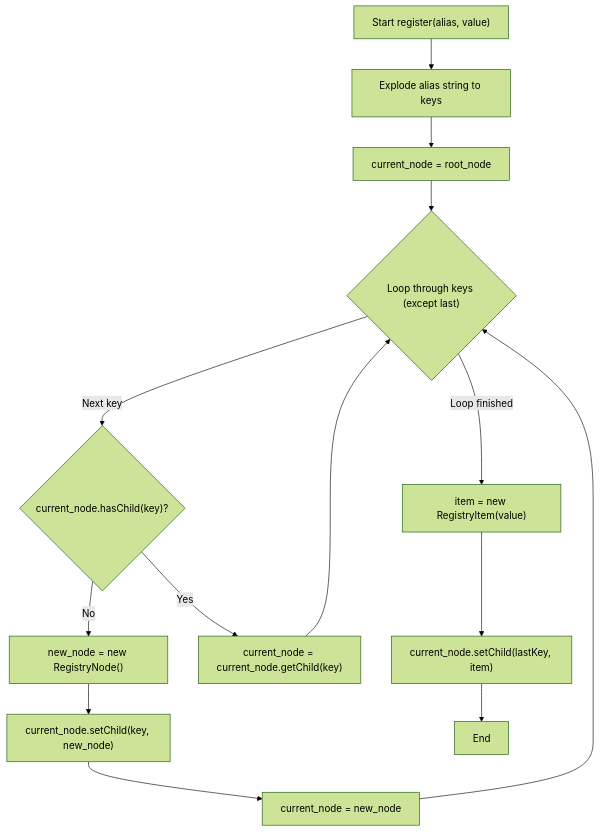
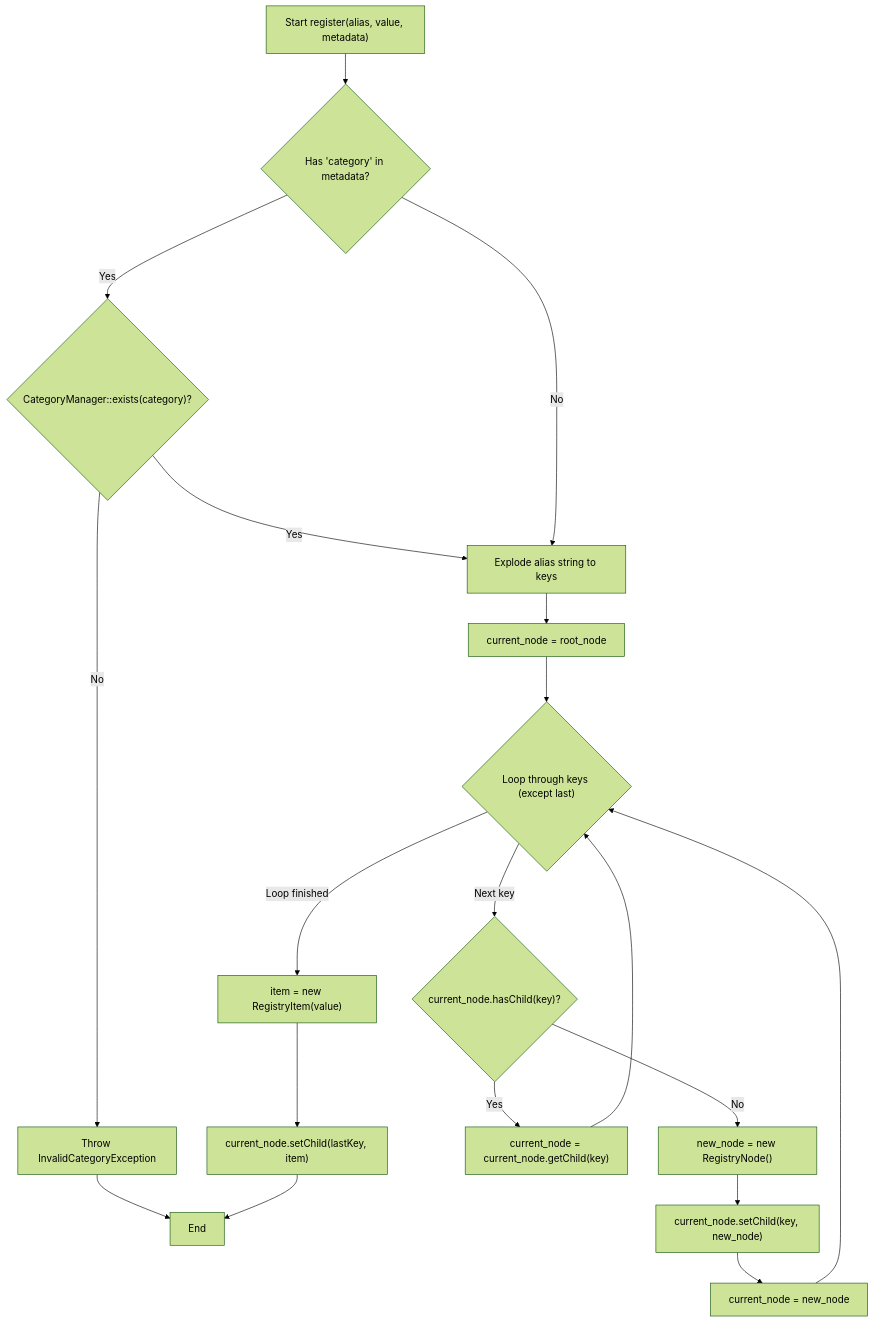
Before and after one commit to mnaatjes/registry-package: the fourth of 5 diagrams in DESIGN.md, drawn with Mermaid (forest theme). The commit also changed other lines of this file and 2 other files, not shown here.

Commit message:
docuentation added for CategoryManager

````diff
--- a/DESIGN.md
+++ b/DESIGN.md
@@ -61,16 +97,21 @@
 ```mermaid
 flowchart TD
-    A["Start register(alias, value)"] --> B["Explode alias string to keys"]
-    B --> C["current_node = root_node"]
-    C --> D{"Loop through keys (except last)"}
-    D -- Next key --> E{"current_node.hasChild(key)?"}
-    E -- No --> F["new_node = new RegistryNode()"]
-    F --> G["current_node.setChild(key, new_node)"]
-    G --> H["current_node = new_node"]
-    E -- Yes --> I["current_node = current_node.getChild(key)"]
-    I --> D
-    H --> D
-    D -- Loop finished --> J["item = new RegistryItem(value)"]
-    J --> K["current_node.setChild(lastKey, item)"]
-    K --> Z[End]
+    A["Start register(alias, value, metadata)"] --> B{"Has 'category' in metadata?"}
+    B -- Yes --> C{"CategoryManager::exists(category)?"}
+    C -- No --> D["Throw InvalidCategoryException"]
+    D --> Z[End]
+    C -- Yes --> E["Explode alias string to keys"]
+    B -- No --> E
+    E --> F["current_node = root_node"]
+    F --> G{"Loop through keys (except last)"}
+    G -- Next key --> H{"current_node.hasChild(key)?"}
+    H -- No --> I["new_node = new RegistryNode()"]
+    I --> J["current_node.setChild(key, new_node)"]
+    J --> K["current_node = new_node"]
+    H -- Yes --> L["current_node = current_node.getChild(key)"]
+    L --> G
+    K --> G
+    G -- Loop finished --> M["item = new RegistryItem(value)"]
+    M --> N["current_node.setChild(lastKey, item)"]
+    N --> Z
 ```
````
